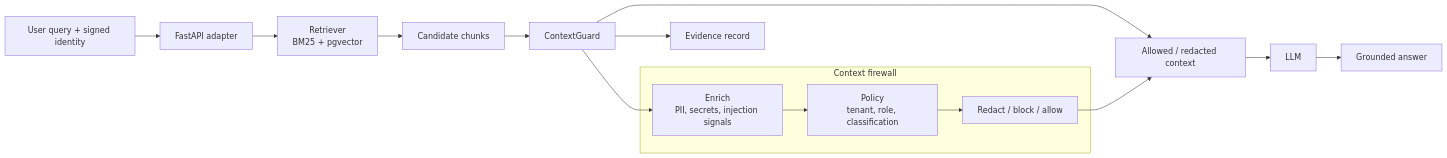
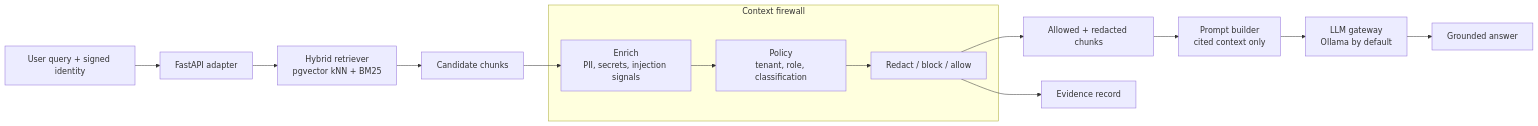
One commit to Szesnasty/ContextGuard changed the first of 3 diagrams in README.md. Above: the diagram before and after it, drawn with Mermaid. The commit also changed other lines of this file, not shown here.

Commit message:
Correct README diagrams

````diff
--- a/README.md
+++ b/README.md
@@ -190,21 +190,19 @@
 ```mermaid
 flowchart LR
     U["User query + signed identity"] --> A["FastAPI adapter"]
-    A --> R["Retriever<br/>BM25 + pgvector"]
+    A --> R["Hybrid retriever<br/>pgvector kNN + BM25"]
     R --> C["Candidate chunks"]
-    C --> G["ContextGuard"]
-    G --> P["Allowed / redacted context"]
-    P --> L["LLM"]
+    C --> E1
+    E3 --> P["Allowed + redacted chunks"]
+    P --> PB["Prompt builder<br/>cited context only"]
+    PB --> L["LLM gateway<br/>Ollama by default"]
     L --> O["Grounded answer"]
-    G --> E["Evidence record"]
+    E3 --> E["Evidence record"]
 
     subgraph Guard["Context firewall"]
         E1["Enrich<br/>PII, secrets, injection signals"]
         E2["Policy<br/>tenant, role, classification"]
         E3["Redact / block / allow"]
         E1 --> E2 --> E3
     end
-
-    G --> E1
-    E3 --> P
 ```
````
